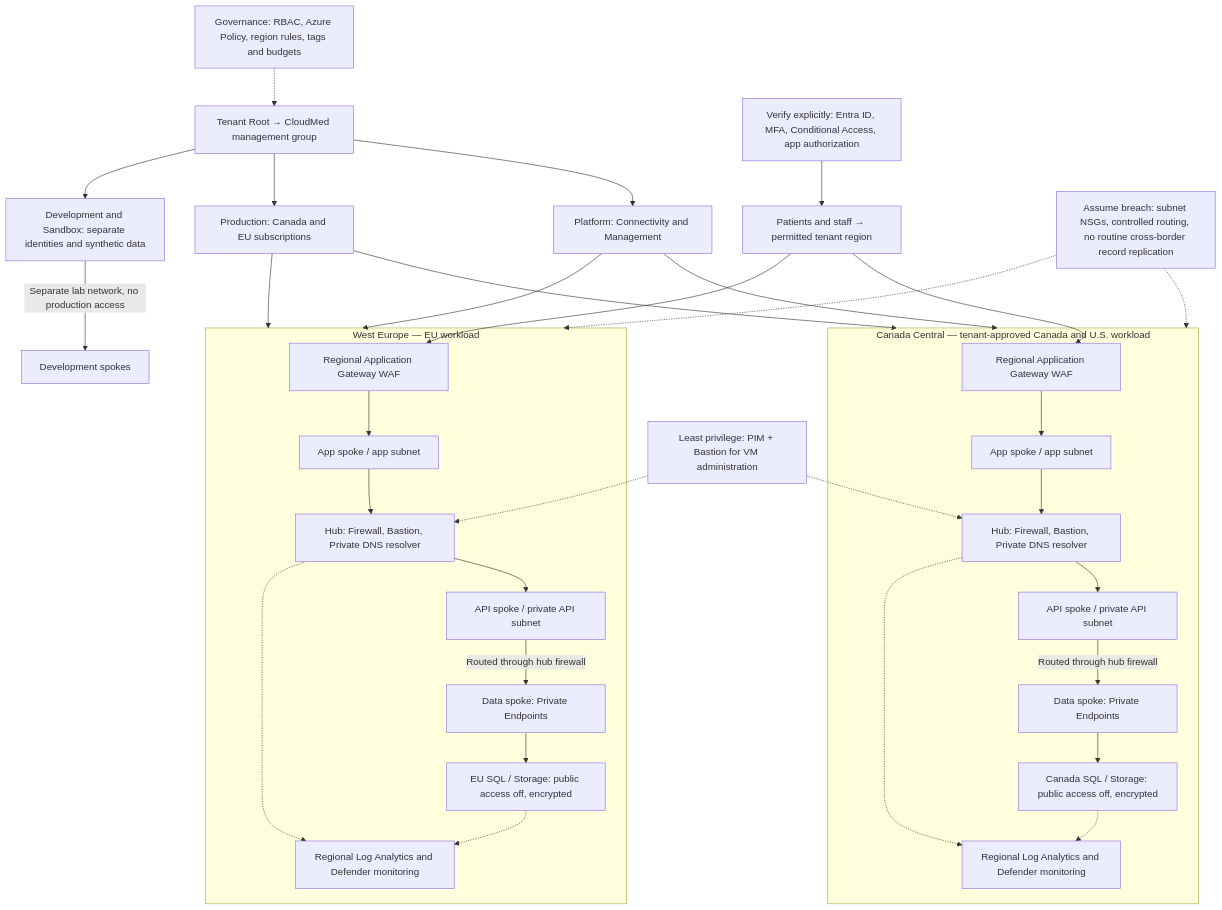
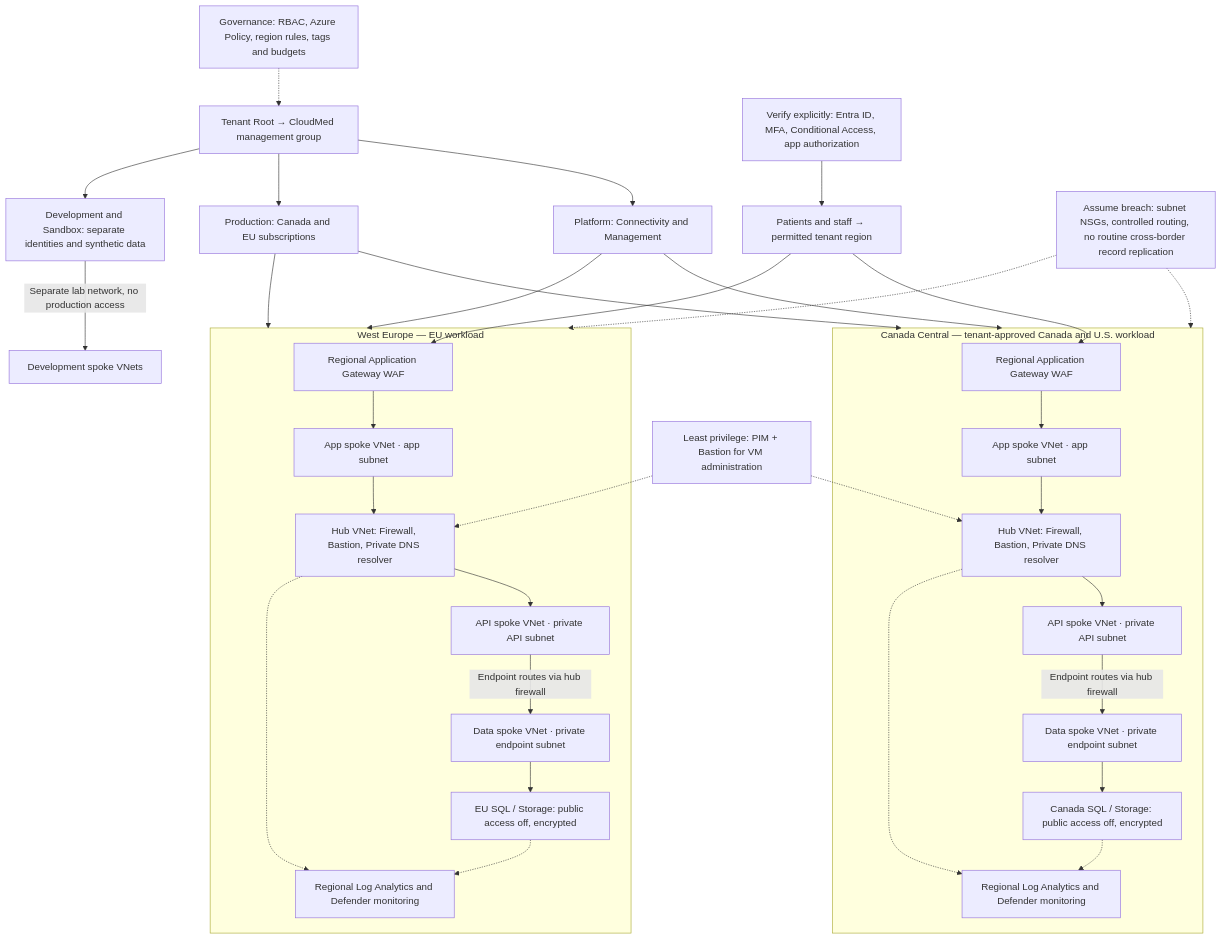
One commit to chuk003-cloudops/CST8913-Lab10-CloudMed changed the diagram in README.md. Above: the diagram before and after it, drawn with Mermaid. The commit also changed other lines of this file, not shown here.

Commit message:
Clarify private endpoint inspection and VNet labels

````diff
--- a/README.md
+++ b/README.md
@@ -71,39 +73,39 @@
 ```mermaid
 flowchart TB
   MG["Tenant Root → CloudMed management group"]
   MG --> PL["Platform: Connectivity and Management"]
   MG --> PROD["Production: Canada and EU subscriptions"]
   MG --> DEV["Development and Sandbox: separate identities and synthetic data"]
   PL --> CA
   PL --> EU
   PROD --> CA
   PROD --> EU
-  DEV -->|"Separate lab network, no production access"| T["Development spokes"]
+  DEV -->|"Separate lab network, no production access"| T["Development spoke VNets"]
   POL["Governance: RBAC, Azure Policy, region rules, tags and budgets"] -.-> MG
   ID["Verify explicitly: Entra ID, MFA, Conditional Access, app authorization"]
   ID --> USERS["Patients and staff → permitted tenant region"]
   USERS --> CW
   USERS --> EW
   subgraph CA["Canada Central — tenant-approved Canada and U.S. workload"]
-    CW["Regional Application Gateway WAF"] --> CAAPP["App spoke / app subnet"]
-    CAAPP --> CAF["Hub: Firewall, Bastion, Private DNS resolver"]
-    CAF --> CAPI["API spoke / private API subnet"]
-    CAPI -->|"Routed through hub firewall"| CPE["Data spoke: Private Endpoints"]
+    CW["Regional Application Gateway WAF"] --> CAAPP["App spoke VNet · app subnet"]
+    CAAPP --> CAF["Hub VNet: Firewall, Bastion, Private DNS resolver"]
+    CAF --> CAPI["API spoke VNet · private API subnet"]
+    CAPI -->|"Endpoint routes via hub firewall"| CPE["Data spoke VNet · private endpoint subnet"]
     CPE --> CD["Canada SQL / Storage: public access off, encrypted"]
     CAF -.-> CL["Regional Log Analytics and Defender monitoring"]
     CD -.-> CL
   end
   subgraph EU["West Europe — EU workload"]
-    EW["Regional Application Gateway WAF"] --> EUAPP["App spoke / app subnet"]
-    EUAPP --> EUF["Hub: Firewall, Bastion, Private DNS resolver"]
-    EUF --> EAPI["API spoke / private API subnet"]
-    EAPI -->|"Routed through hub firewall"| EPE["Data spoke: Private Endpoints"]
+    EW["Regional Application Gateway WAF"] --> EUAPP["App spoke VNet · app subnet"]
+    EUAPP --> EUF["Hub VNet: Firewall, Bastion, Private DNS resolver"]
+    EUF --> EAPI["API spoke VNet · private API subnet"]
+    EAPI -->|"Endpoint routes via hub firewall"| EPE["Data spoke VNet · private endpoint subnet"]
     EPE --> ED["EU SQL / Storage: public access off, encrypted"]
     EUF -.-> EL["Regional Log Analytics and Defender monitoring"]
     ED -.-> EL
   end
   JIT["Least privilege: PIM + Bastion for VM administration"] -.-> CAF
   JIT -.-> EUF
   AB["Assume breach: subnet NSGs, controlled routing, no routine cross-border record replication"] -.-> CA
   AB -.-> EU
 ```
````
